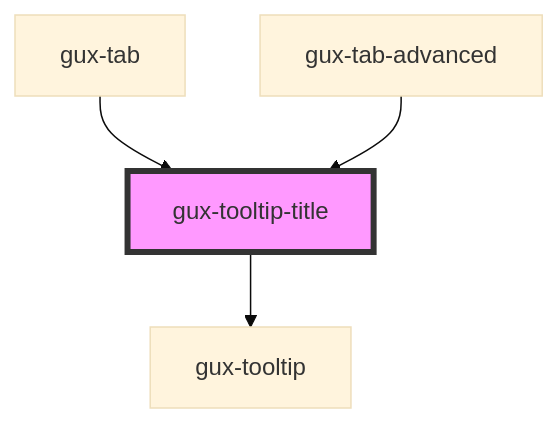
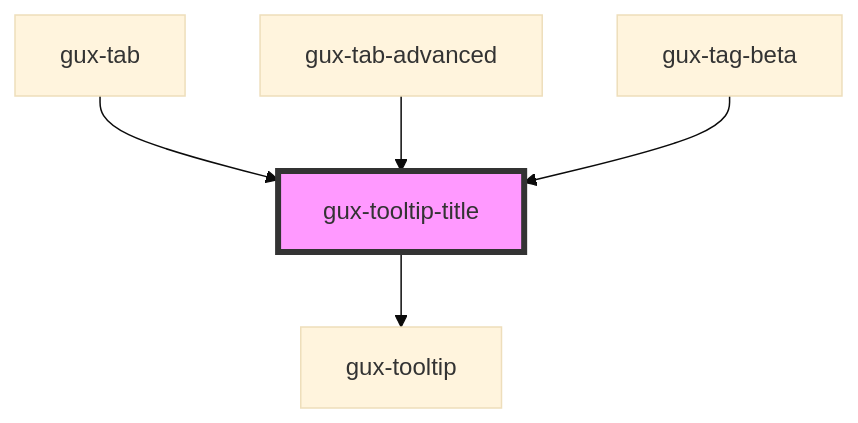
One commit to MyPureCloud/genesys-spark changed the diagram in src/components/stable/gux-tooltip-title/readme.md. Above: the diagram before and after it, drawn with Mermaid (base theme). The commit also changed other lines of this file and 10 other files, not shown here.

Commit message:
feat(gux-tooltip-title): update tooltip-title for use in tag

````diff
--- a/src/components/stable/gux-tooltip-title/readme.md
+++ b/src/components/stable/gux-tooltip-title/readme.md
@@ -43,7 +44,8 @@
 ```mermaid
 graph TD;
   gux-tooltip-title --> gux-tooltip
   gux-tab --> gux-tooltip-title
   gux-tab-advanced --> gux-tooltip-title
+  gux-tag-beta --> gux-tooltip-title
   style gux-tooltip-title fill:#f9f,stroke:#333,stroke-width:4px
 ```
````
